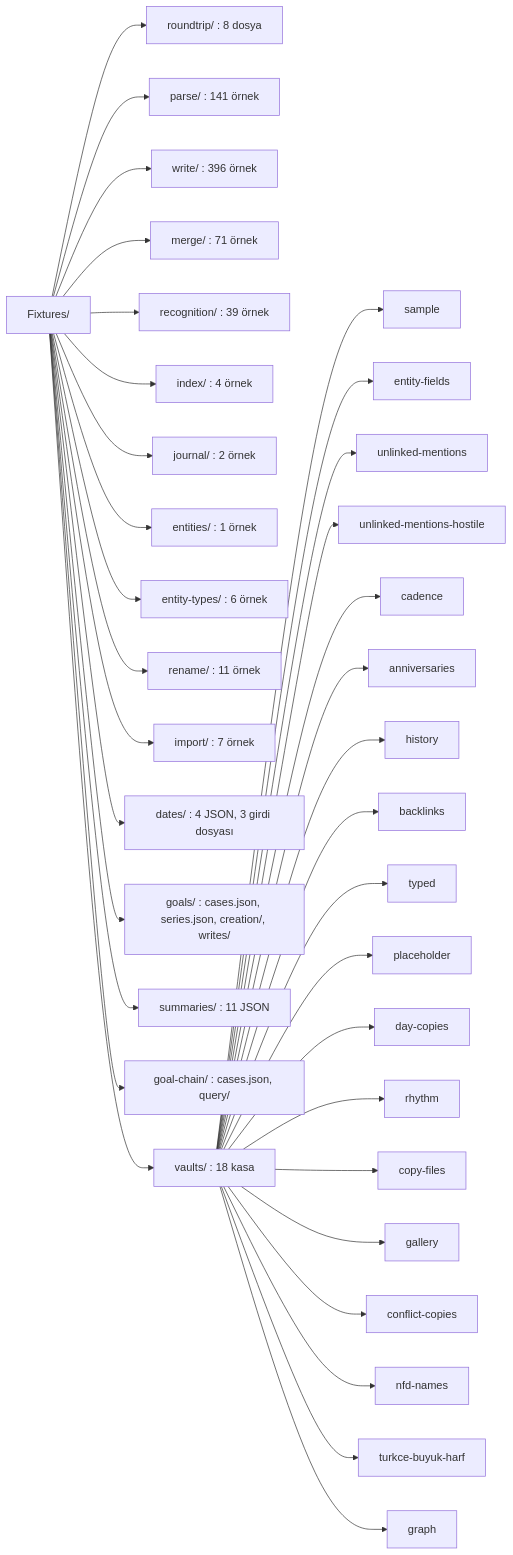
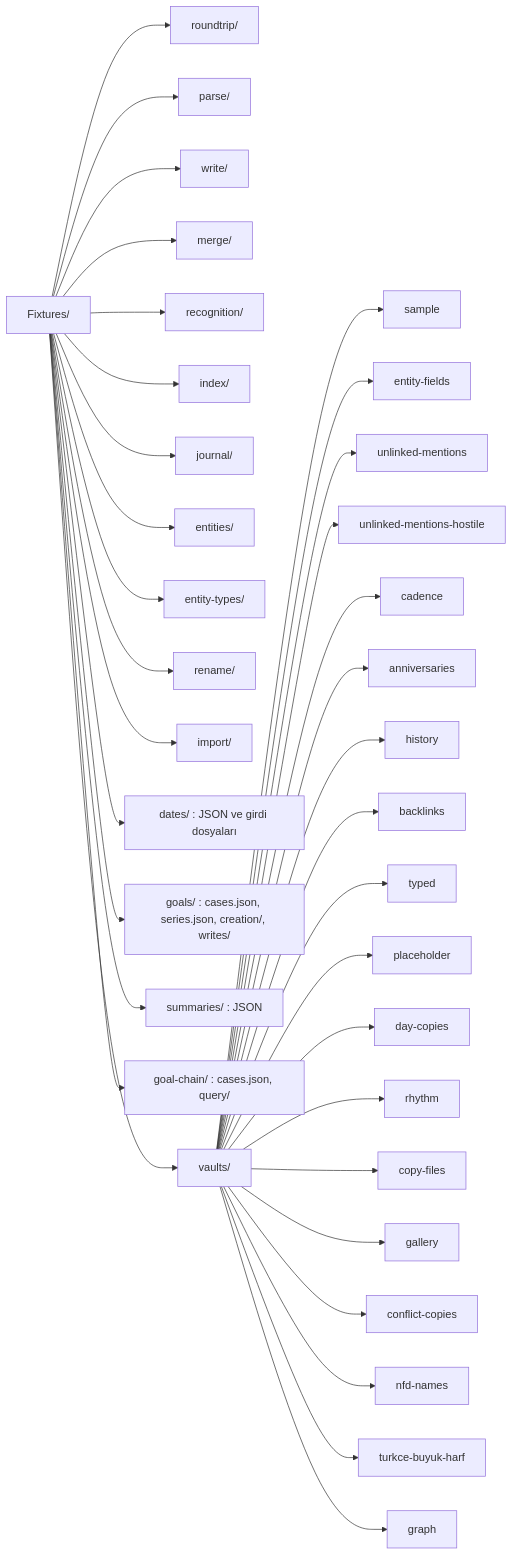
Before and after one commit to dogancanyildiz/kenet: the first of 11 diagrams in docs/fixtures.md, drawn with Mermaid. The commit also changed other lines of this file and 150 other files, not shown here.

````diff
--- a/docs/fixtures.md
+++ b/docs/fixtures.md
@@ -15,38 +15,38 @@
 ```mermaid
 flowchart LR
   F["Fixtures/"]
-  F --> RT["roundtrip/ : 8 dosya"]
-  F --> PA["parse/ : 141 örnek"]
-  F --> WR["write/ : 396 örnek"]
-  F --> ME["merge/ : 71 örnek"]
-  F --> RE["recognition/ : 39 örnek"]
-  F --> IX["index/ : 4 örnek"]
-  F --> JO["journal/ : 2 örnek"]
-  F --> EN["entities/ : 1 örnek"]
-  F --> ET["entity-types/ : 6 örnek"]
-  F --> RN["rename/ : 11 örnek"]
-  F --> IM["import/ : 7 örnek"]
-  F --> DA["dates/ : 4 JSON, 3 girdi dosyası"]
+  F --> RT["roundtrip/"]
+  F --> PA["parse/"]
+  F --> WR["write/"]
+  F --> ME["merge/"]
+  F --> RE["recognition/"]
+  F --> IX["index/"]
+  F --> JO["journal/"]
+  F --> EN["entities/"]
+  F --> ET["entity-types/"]
+  F --> RN["rename/"]
+  F --> IM["import/"]
+  F --> DA["dates/ : JSON ve girdi dosyaları"]
   F --> GO["goals/ : cases.json, series.json, creation/, writes/"]
-  F --> SU["summaries/ : 11 JSON"]
+  F --> SU["summaries/ : JSON"]
   F --> GC["goal-chain/ : cases.json, query/"]
-  F --> VA["vaults/ : 18 kasa"]
+  F --> VA["vaults/"]
   VA --> V1["sample"]
   VA --> V2["entity-fields"]
   VA --> V3["unlinked-mentions"]
   VA --> V4["unlinked-mentions-hostile"]
   VA --> V5["cadence"]
   VA --> V6["anniversaries"]
   VA --> V7["history"]
   VA --> V8["backlinks"]
   VA --> V9["typed"]
   VA --> V10["placeholder"]
   VA --> V11["day-copies"]
   VA --> V12["rhythm"]
   VA --> V13["copy-files"]
   VA --> V14["gallery"]
   VA --> V15["conflict-copies"]
   VA --> V16["nfd-names"]
   VA --> V17["turkce-buyuk-harf"]
   VA --> V18["graph"]
 ```
````
